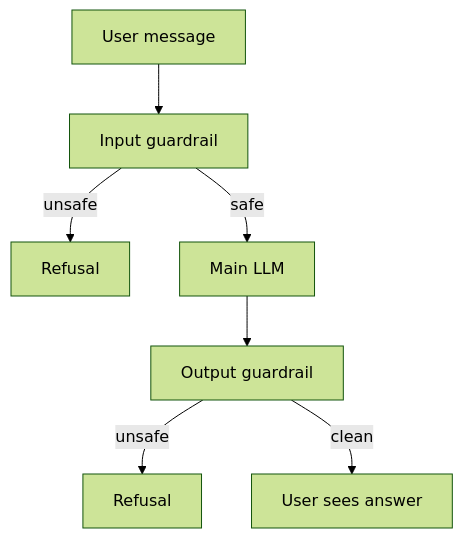
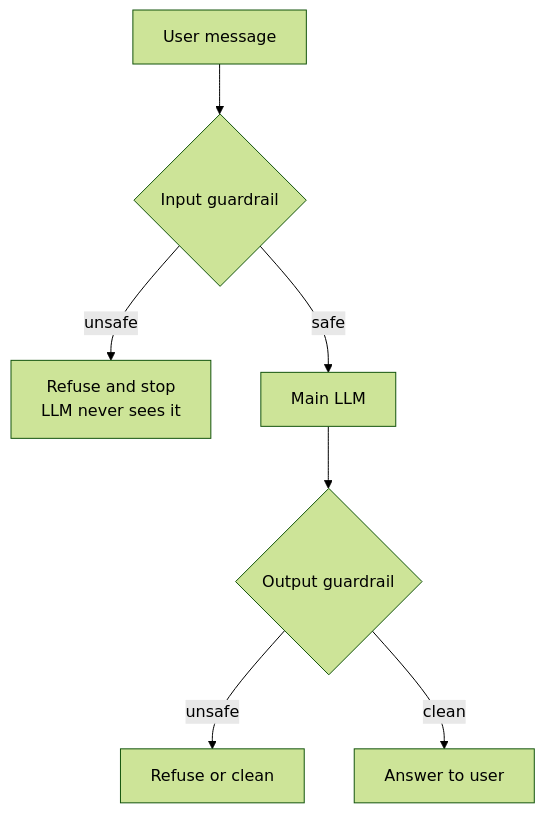
Before and after one commit to kaisarnajar/outcome-school-blogs: the diagram in notes/step-14-ai-safety-and-security/169-how-do-llm-guardrails-work.md, drawn with Mermaid (forest theme). The commit also changed other lines of this file and 233 other files, not shown here.

````diff
--- a/notes/step-14-ai-safety-and-security/169-how-do-llm-guardrails-work.md
+++ b/notes/step-14-ai-safety-and-security/169-how-do-llm-guardrails-work.md
@@ -45,9 +60,9 @@
 ```mermaid
 flowchart TD
-    U["User message"] --> I["Input guardrail"]
-    I -->|"unsafe"| R1["Refusal"]
-    I -->|"safe"| L["Main LLM"]
-    L --> O["Output guardrail"]
-    O -->|"unsafe"| R2["Refusal"]
-    O -->|"clean"| V["User sees answer"]
+    U["User message"] --> IG{"Input guardrail"}
+    IG -->|"unsafe"| R1["Refuse and stop<br/>LLM never sees it"]
+    IG -->|"safe"| L["Main LLM"]
+    L --> OG{"Output guardrail"}
+    OG -->|"unsafe"| R2["Refuse or clean"]
+    OG -->|"clean"| OUT["Answer to user"]
 ```
````
